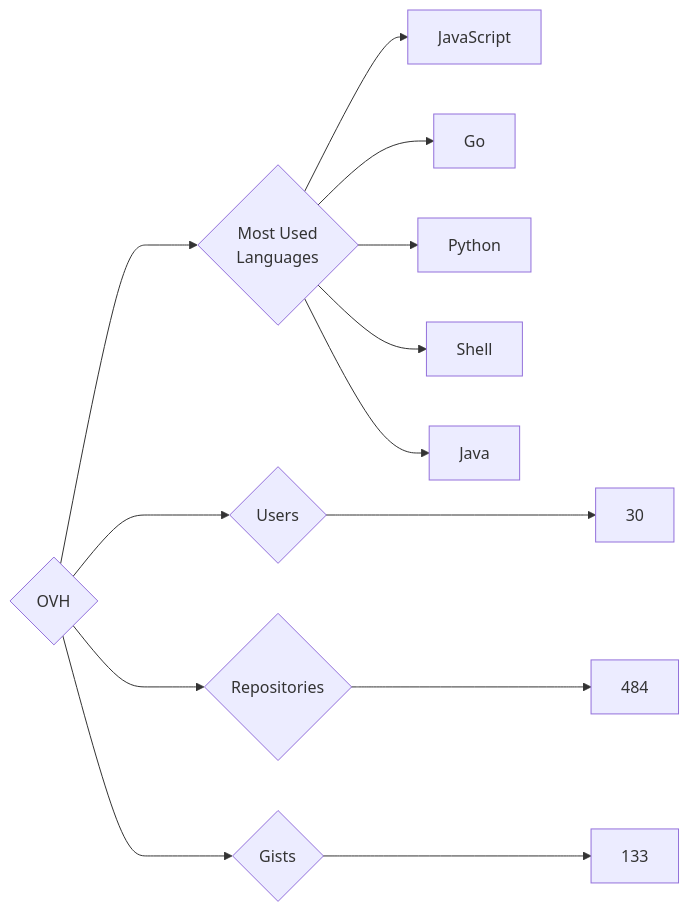
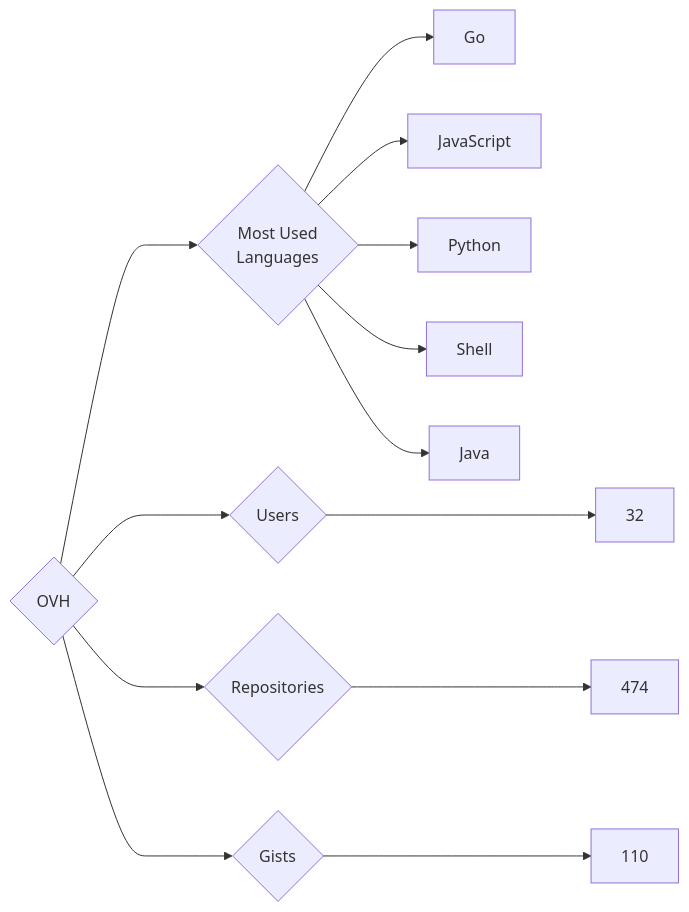
The diagram in targets/OVH/README.md (trickest/insiders), drawn with Mermaid before and after one commit. The commit also changed 953 other files, not shown here.

````diff
--- a/targets/OVH/README.md
+++ b/targets/OVH/README.md
@@ -3,13 +3,13 @@
 ```mermaid
 graph LR
 COMPANY_NAME{OVH}
-COMPANY_NAME ---> U{Users} ---> UN[30]
-COMPANY_NAME ---> R{Repositories} ---> RN[484]
-COMPANY_NAME ---> G{Gists} ---> GN[133]
+COMPANY_NAME ---> U{Users} ---> UN[32]
+COMPANY_NAME ---> R{Repositories} ---> RN[474]
+COMPANY_NAME ---> G{Gists} ---> GN[110]
 COMPANY_NAME ---> ML{Most Used<br>Languages}
+ML --> Go[Go]
 ML --> JavaScript[JavaScript]
-ML --> Go[Go]
 ML --> Python[Python]
 ML --> Shell[Shell]
 ML --> Java[Java]
 ```
````
